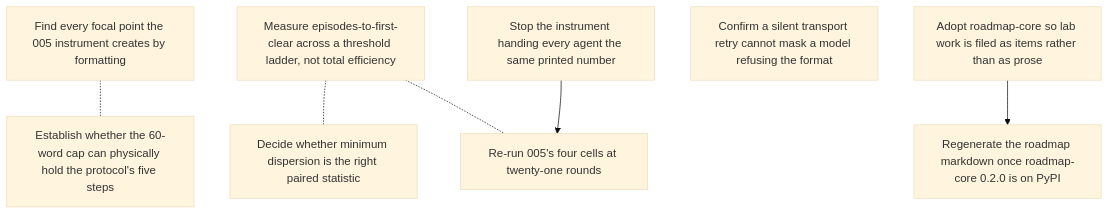
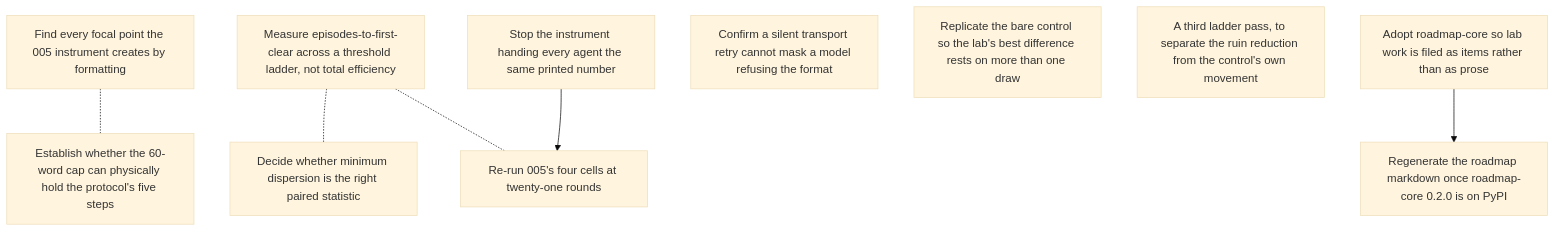
The diagram in roadmap/ROADMAP.md (gald33/ai-lab), drawn with Mermaid (base theme) before and after one commit. The commit also changed other lines of this file and 4 other files, not shown here.

Commit message:
roadmap: the 007 arc and next week's two runs, markdown regenerated

````diff
--- a/roadmap/ROADMAP.md
+++ b/roadmap/ROADMAP.md
@@ -39,17 +41,19 @@
 ```mermaid
 graph TD
   005_display_precision_artifact["Find every focal point the 005 instrument creates by formatting"]
   005_episodes_to_threshold["Measure episodes-to-first-clear across a threshold ladder, not total efficiency"]
   005_paired_statistic_choice["Decide whether minimum dispersion is the right paired statistic"]
   005_render_precision_fix["Stop the instrument handing every agent the same printed number"]
   005_rerun_at_twenty_one_rounds["Re-run 005's four cells at twenty-one rounds"]
   005_transport_retry_audit["Confirm a silent transport retry cannot mask a model refusing the format"]
   005_word_cap_fits_the_protocol["Establish whether the 60-word cap can physically hold the protocol's five steps"]
+  007_replicate_the_control["Replicate the bare control so the lab's best difference rests on more than one draw"]
+  007_third_pass_on_ruin["A third ladder pass, to separate the ruin reduction from the control's own movement"]
   lab_roadmap_adoption["Adopt roadmap-core so lab work is filed as items rather than as prose"]
   lab_roadmap_core_0_2_0["Regenerate the roadmap markdown once roadmap-core 0.2.0 is on PyPI"]
   005_render_precision_fix --> 005_rerun_at_twenty_one_rounds
   lab_roadmap_adoption --> lab_roadmap_core_0_2_0
   005_display_precision_artifact -.- 005_word_cap_fits_the_protocol
   005_episodes_to_threshold -.- 005_paired_statistic_choice
   005_episodes_to_threshold -.- 005_rerun_at_twenty_one_rounds
 ```
````
